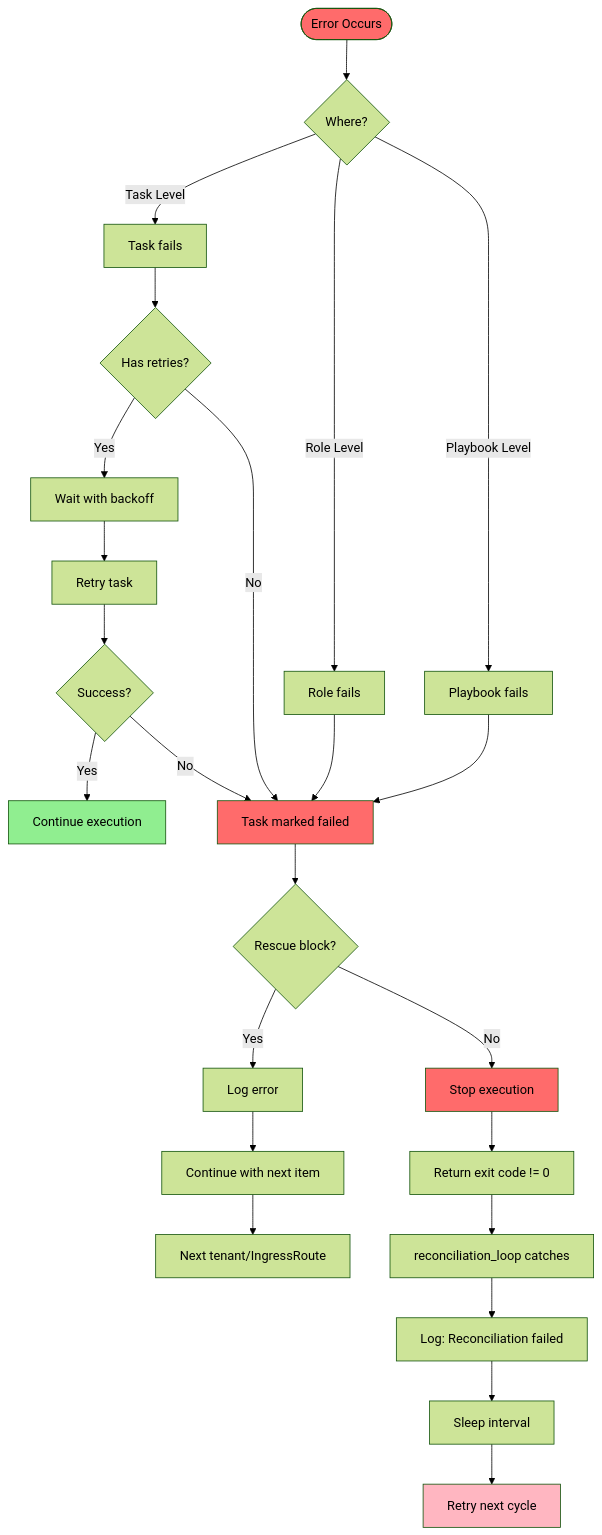
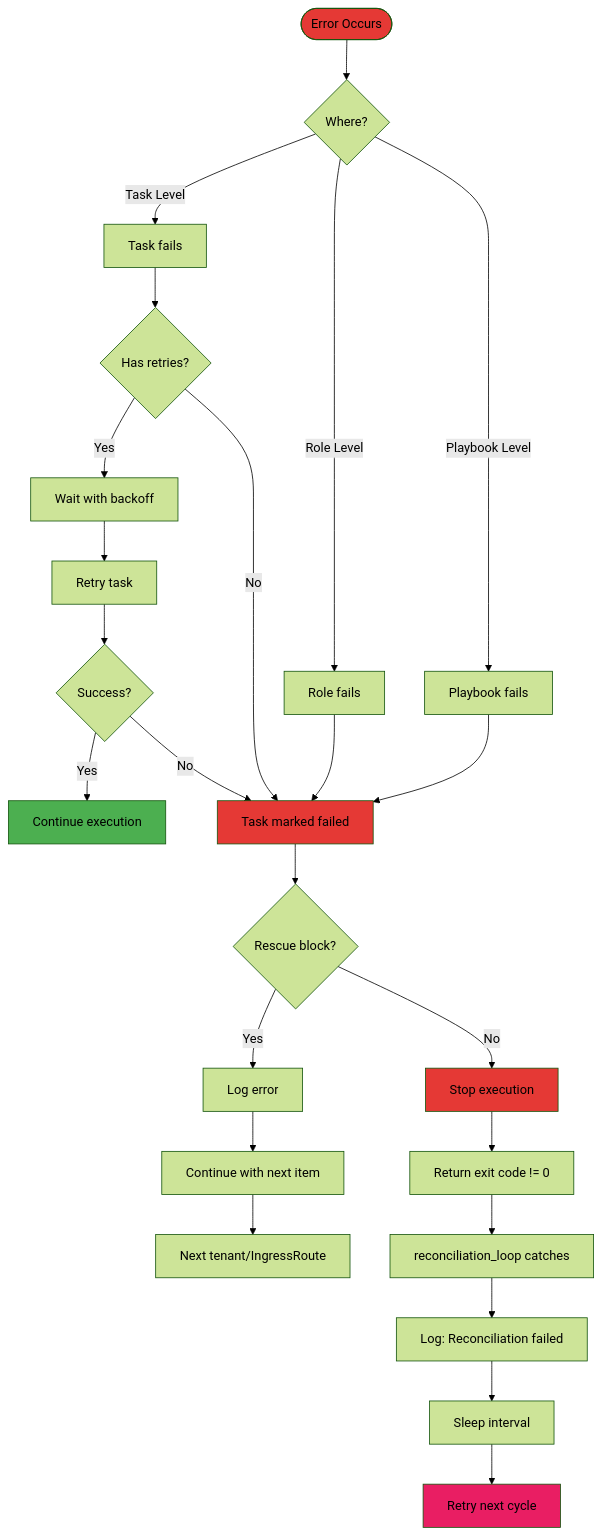
One commit to wheetazlab/cloudflare-zero-trust-operator changed diagram 19 of 20 in docs/flow.md. Above: the diagram before and after it, drawn with Mermaid (forest theme). The commit also changed other lines of this file and 1 other file, not shown here.

First line of the commit message:
fix: Replace light colors in mermaid diagrams with darker, more readable colors

````diff
--- a/docs/flow.md
+++ b/docs/flow.md
@@ -1183,41 +1183,41 @@
 ```mermaid
 flowchart TD
     ERROR([Error Occurs]) --> WHERE{Where?}
     
     WHERE -->|Task Level| TASK_ERR[Task fails]
     WHERE -->|Role Level| ROLE_ERR[Role fails]
     WHERE -->|Playbook Level| PLAY_ERR[Playbook fails]
     
     TASK_ERR --> RETRY{Has retries?}
     RETRY -->|Yes| WAIT[Wait with backoff]
     WAIT --> RETRY_EXEC[Retry task]
     RETRY_EXEC --> SUCCESS{Success?}
     SUCCESS -->|Yes| CONTINUE[Continue execution]
     SUCCESS -->|No| FAIL
     
     RETRY -->|No| FAIL[Task marked failed]
     
     ROLE_ERR --> FAIL
     PLAY_ERR --> FAIL
     
     FAIL --> RESCUE{Rescue block?}
     
     RESCUE -->|Yes| LOG_ERR[Log error]
     LOG_ERR --> CONTINUE_EXEC[Continue with next item]
     
     RESCUE -->|No| STOP[Stop execution]
     STOP --> EXIT_CODE[Return exit code != 0]
     
     CONTINUE_EXEC --> NEXT[Next tenant/IngressRoute]
     
     EXIT_CODE --> LOOP_CATCH[reconciliation_loop catches]
     LOOP_CATCH --> LOG_FAIL[Log: Reconciliation failed]
     LOG_FAIL --> SLEEP[Sleep interval]
     SLEEP --> RETRY_LOOP[Retry next cycle]
     
-    style ERROR fill:#FF6B6B
-    style FAIL fill:#FF6B6B
-    style STOP fill:#FF6B6B
-    style CONTINUE fill:#90EE90
-    style RETRY_LOOP fill:#FFB6C1
+    style ERROR fill:#E53935
+    style FAIL fill:#E53935
+    style STOP fill:#E53935
+    style CONTINUE fill:#4CAF50
+    style RETRY_LOOP fill:#E91E63
 ```
````
